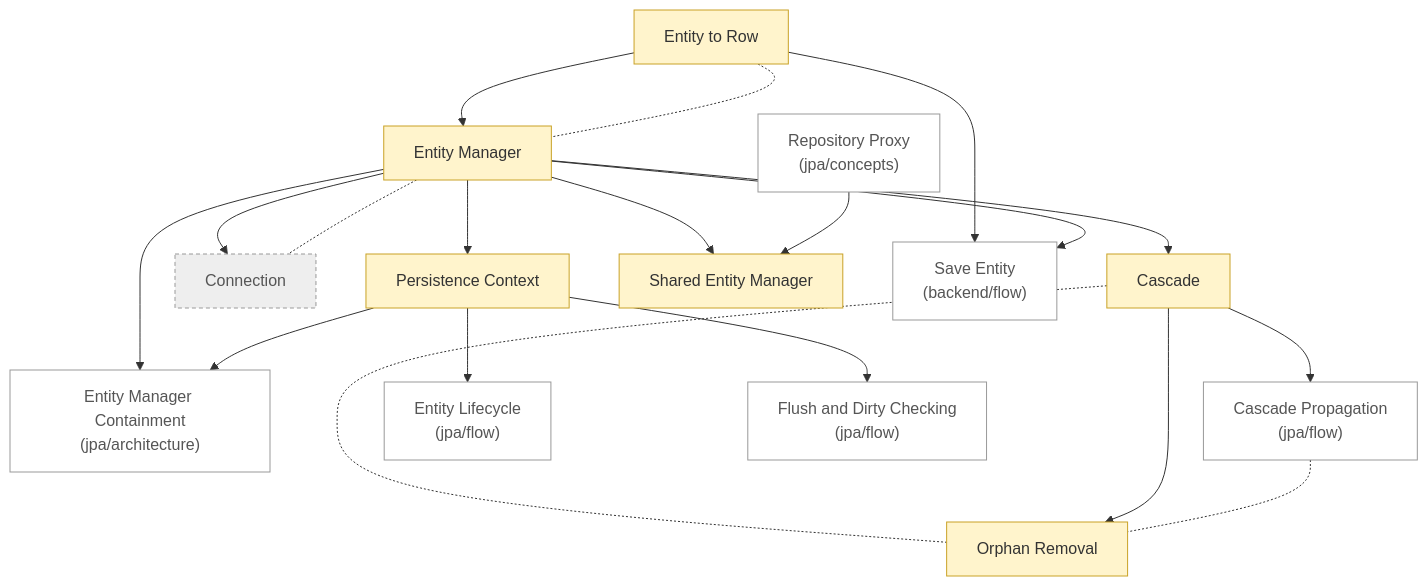
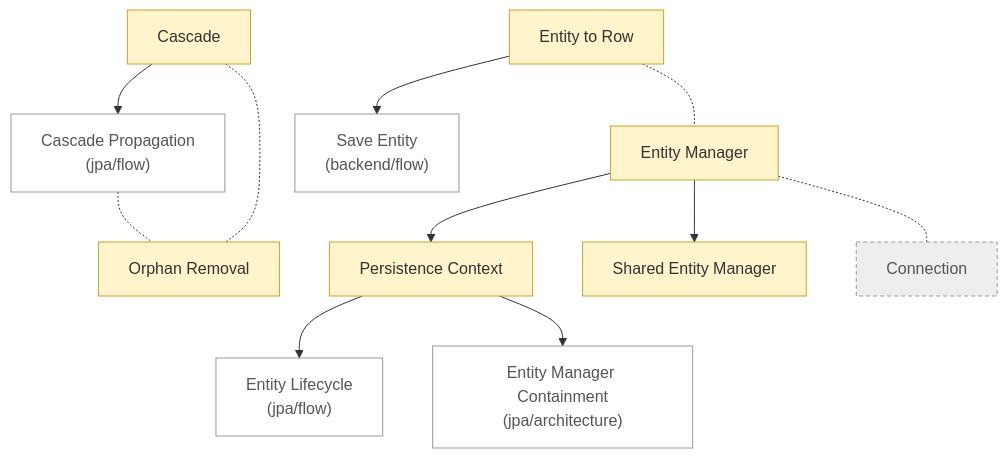
The diagram in notes/backend/jpa/concepts/README.md (Pizza-Mozzarella/self-learning), drawn with Mermaid before and after one commit. The commit also changed other lines of this file and 13 other files, not shown here.

````diff
--- a/notes/backend/jpa/concepts/README.md
+++ b/notes/backend/jpa/concepts/README.md
@@ -6,38 +6,28 @@
 ```mermaid
 flowchart TD
     n0["Cascade"]:::draft
     n1["Connection"]:::stub
     n2["Entity Manager"]:::draft
     n3["Entity to Row"]:::draft
     n4["Orphan Removal"]:::draft
     n5["Persistence Context"]:::draft
     n6["Shared Entity Manager"]:::draft
     n7["Save Entity<br/>(backend/flow)"]:::ext
     n8["Entity Manager Containment<br/>(jpa/architecture)"]:::ext
     n9["Cascade Propagation<br/>(jpa/flow)"]:::ext
     n10["Entity Lifecycle<br/>(jpa/flow)"]:::ext
-    n11["Flush and Dirty Checking<br/>(jpa/flow)"]:::ext
-    n12["Repository Proxy<br/>(jpa/concepts)"]:::ext
-    n3 --> n7
-    n2 --> n7
-    n2 --> n8
-    n5 --> n8
-    n2 --> n0
     n0 --> n9
     n0 -.- n4
-    n2 --> n1
-    n3 --> n2
     n2 --> n5
     n2 --> n6
     n2 -.- n1
+    n3 --> n7
     n3 -.- n2
-    n0 --> n4
     n5 --> n10
-    n12 --> n6
+    n5 --> n8
     n9 -.- n4
-    n5 --> n11
     classDef stub fill:#eeeeee,stroke:#999999,stroke-dasharray:4 3,color:#555555
     classDef draft fill:#fff4cc,stroke:#c9a227,color:#333333
     classDef ok fill:#d8f0dc,stroke:#3a9d5d,color:#222222
     classDef ext fill:#ffffff,stroke:#999999,color:#555555
 ```
````
